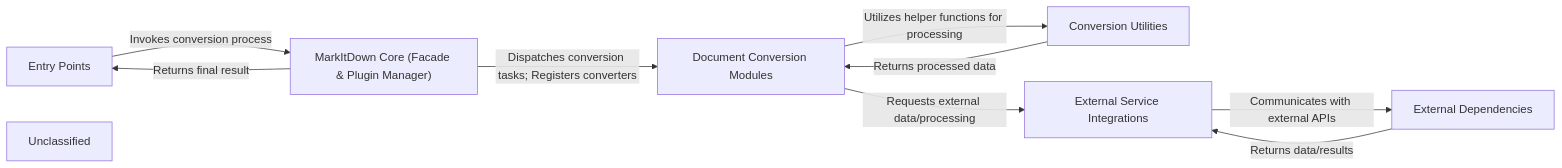
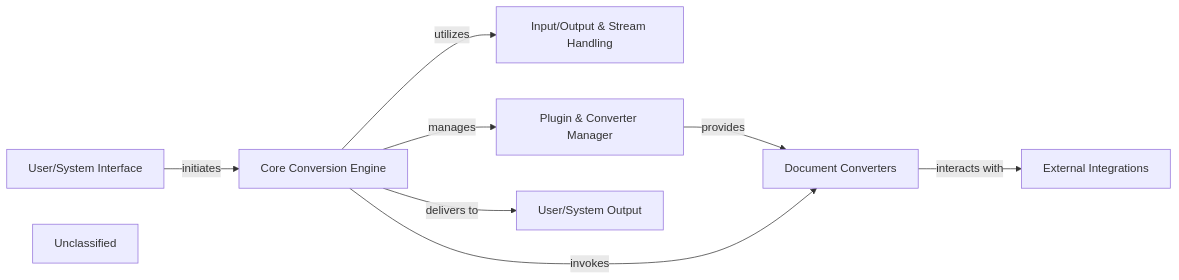
The diagram in markitdown/on_boarding.md (CodeBoarding/GeneratedOnBoardings), drawn with Mermaid before and after one commit. The commit also changed other lines of this file, not shown here.

````diff
--- a/markitdown/on_boarding.md
+++ b/markitdown/on_boarding.md
@@ -1,18 +1,18 @@
 ```mermaid
 graph LR
-    Entry_Points["Entry Points"]
-    MarkItDown_Core_Facade_Plugin_Manager_["MarkItDown Core (Facade & Plugin Manager)"]
-    Document_Conversion_Modules["Document Conversion Modules"]
-    Conversion_Utilities["Conversion Utilities"]
-    External_Service_Integrations["External Service Integrations"]
-    External_Dependencies["External Dependencies"]
+    User_System_Interface["User/System Interface"]
+    Core_Conversion_Engine["Core Conversion Engine"]
+    Input_Output_Stream_Handling["Input/Output & Stream Handling"]
+    Plugin_Converter_Manager["Plugin & Converter Manager"]
+    Document_Converters["Document Converters"]
+    External_Integrations["External Integrations"]
+    User_System_Output["User/System Output"]
     Unclassified["Unclassified"]
-    Entry_Points -- "Invokes conversion process" --> MarkItDown_Core_Facade_Plugin_Manager_
-    MarkItDown_Core_Facade_Plugin_Manager_ -- "Dispatches conversion tasks; Registers converters" --> Document_Conversion_Modules
-    Document_Conversion_Modules -- "Utilizes helper functions for processing" --> Conversion_Utilities
-    Document_Conversion_Modules -- "Requests external data/processing" --> External_Service_Integrations
-    External_Service_Integrations -- "Communicates with external APIs" --> External_Dependencies
-    External_Dependencies -- "Returns data/results" --> External_Service_Integrations
-    Conversion_Utilities -- "Returns processed data" --> Document_Conversion_Modules
-    MarkItDown_Core_Facade_Plugin_Manager_ -- "Returns final result" --> Entry_Points
+    User_System_Interface -- "initiates" --> Core_Conversion_Engine
+    Core_Conversion_Engine -- "utilizes" --> Input_Output_Stream_Handling
+    Core_Conversion_Engine -- "manages" --> Plugin_Converter_Manager
+    Plugin_Converter_Manager -- "provides" --> Document_Converters
+    Core_Conversion_Engine -- "invokes" --> Document_Converters
+    Document_Converters -- "interacts with" --> External_Integrations
+    Core_Conversion_Engine -- "delivers to" --> User_System_Output
 ```
````
